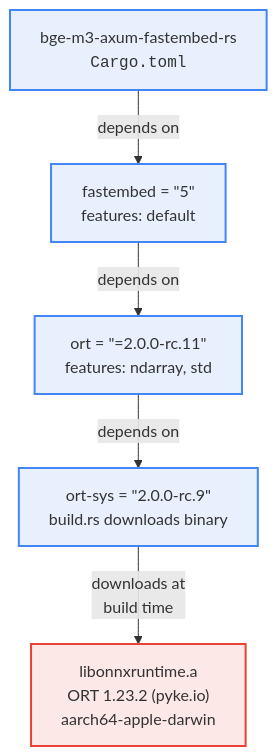
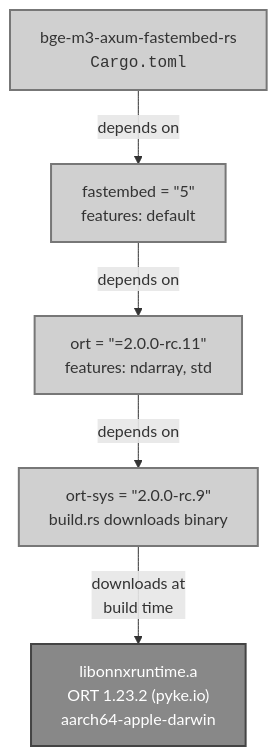
Before and after one commit to Fulton-Engineering-Services/bge-m3-embedding-server: the second of 5 diagrams in docs/apple-silicon.md, drawn with Mermaid. The commit also changed other lines of this file, not shown here.

Commit message:
docs(apple-silicon): replace diagram colors with grayscale palette

````diff
--- a/docs/apple-silicon.md
+++ b/docs/apple-silicon.md
@@ -86,19 +86,19 @@
 ```mermaid
 graph TD
     App["bge-m3-axum-fastembed-rs<br/><code>Cargo.toml</code>"]
     FE["fastembed = &quot;5&quot;<br/>features: default"]
     ORT["ort = &quot;=2.0.0-rc.11&quot;<br/>features: ndarray, std"]
     SYS["ort-sys = &quot;2.0.0-rc.9&quot;<br/>build.rs downloads binary"]
     LIB["libonnxruntime.a<br/>ORT 1.23.2 (pyke.io)<br/>aarch64-apple-darwin"]
 
     App -->|"depends on"| FE
     FE -->|"depends on"| ORT
     ORT -->|"depends on"| SYS
     SYS -->|"downloads at<br/>build time"| LIB
 
-    classDef crate fill:#e8f0fe,stroke:#4285f4,stroke-width:2px
-    classDef binary fill:#fce8e6,stroke:#ea4335,stroke-width:2px
+    classDef crate fill:#d0d0d0,stroke:#777,stroke-width:2px
+    classDef binary fill:#888,stroke:#444,stroke-width:2px,color:#fff
 
     class App,FE,ORT,SYS crate
     class LIB binary
 ```
````
